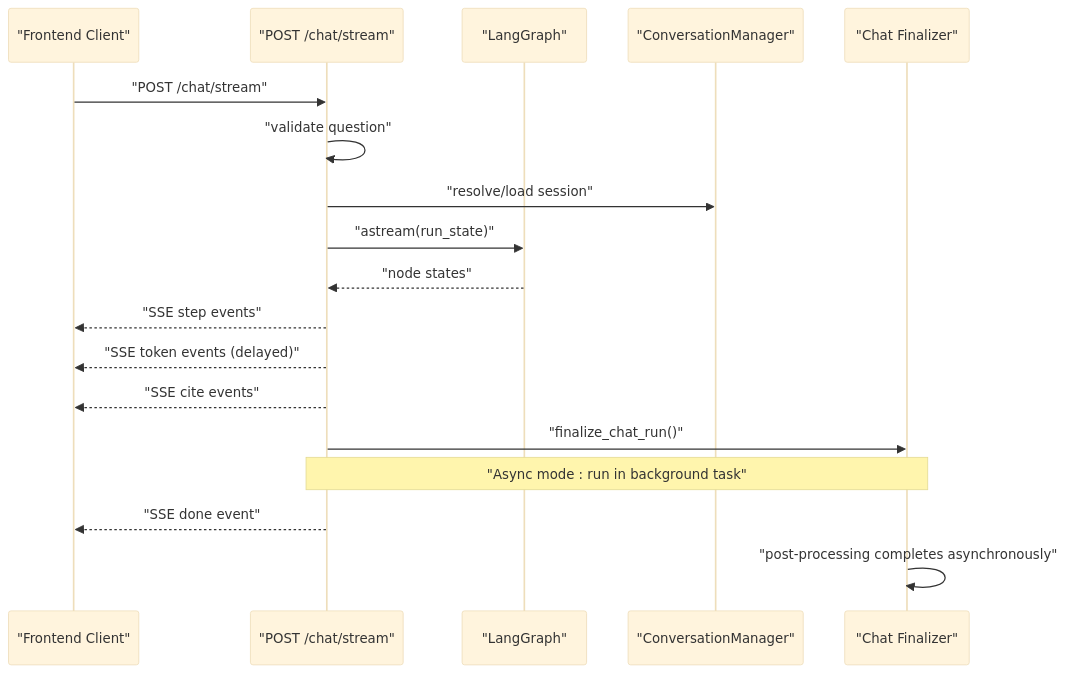
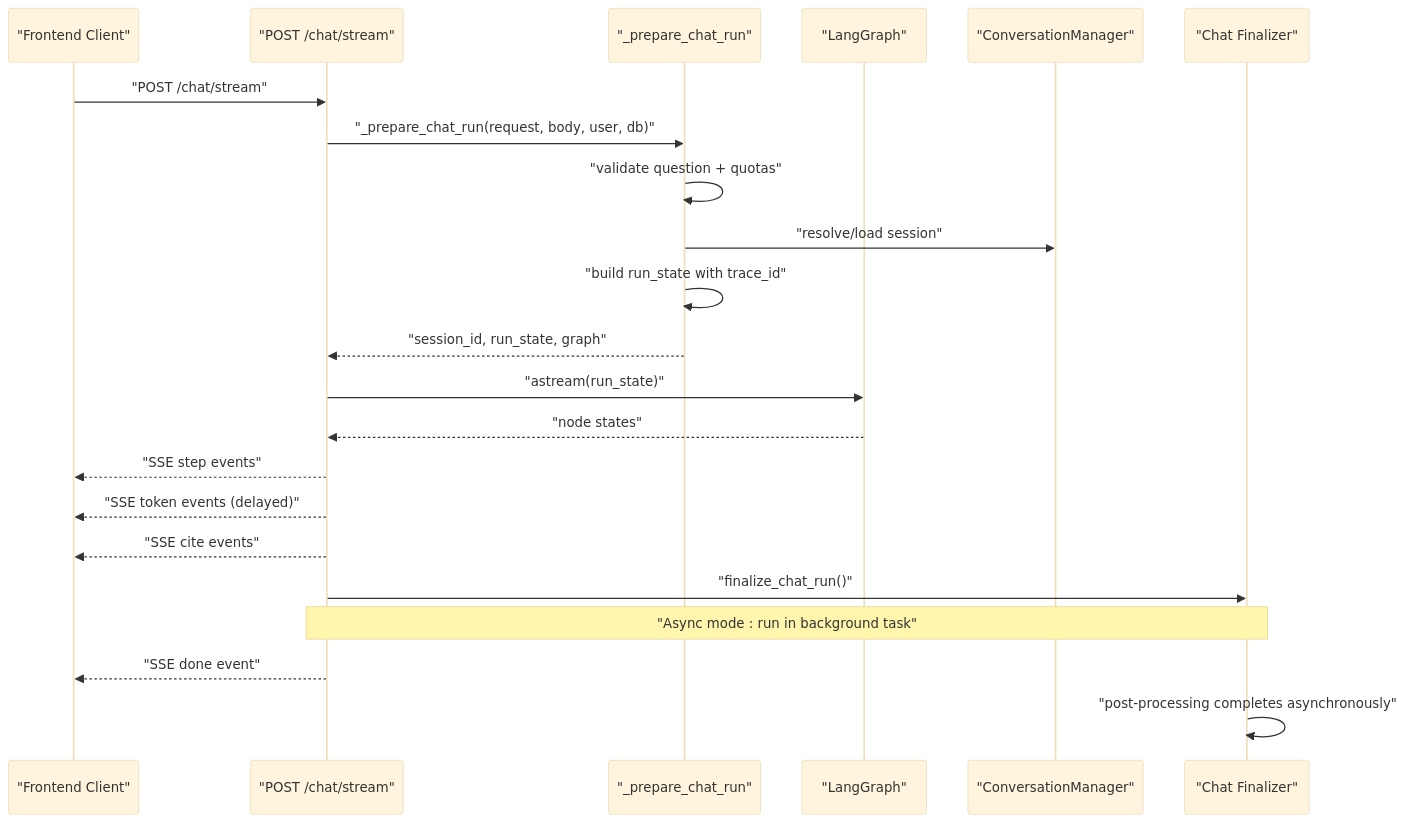
One commit to genes8/private-ai changed the fourth of 7 diagrams in .qoder/repowiki/en/content/Backend Development/API Endpoints/Chat Endpoints.md. Above: the diagram before and after it, drawn with Mermaid (base theme). The commit also changed other lines of this file and 101 other files, not shown here.

````diff
--- a/.qoder/repowiki/en/content/Backend Development/API Endpoints/Chat Endpoints.md
+++ b/.qoder/repowiki/en/content/Backend Development/API Endpoints/Chat Endpoints.md
@@ -279,20 +293,24 @@
 ```mermaid
 sequenceDiagram
 participant FE as "Frontend Client"
 participant Routes as "POST /chat/stream"
+participant Preflight as "_prepare_chat_run"
 participant Graph as "LangGraph"
 participant Conv as "ConversationManager"
 participant Finalizer as "Chat Finalizer"
 FE->>Routes : "POST /chat/stream"
-Routes->>Routes : "validate question"
-Routes->>Conv : "resolve/load session"
+Routes->>Preflight : "_prepare_chat_run(request, body, user, db)"
+Preflight->>Preflight : "validate question + quotas"
+Preflight->>Conv : "resolve/load session"
+Preflight->>Preflight : "build run_state with trace_id"
+Preflight-->>Routes : "session_id, run_state, graph"
 Routes->>Graph : "astream(run_state)"
 Graph-->>Routes : "node states"
 Routes-->>FE : "SSE step events"
 Routes-->>FE : "SSE token events (delayed)"
 Routes-->>FE : "SSE cite events"
 Routes->>Finalizer : "finalize_chat_run()"
 Note over Routes,Finalizer : "Async mode : run in background task"
 Routes-->>FE : "SSE done event"
 Finalizer->>Finalizer : "post-processing completes asynchronously"
 ```
````
